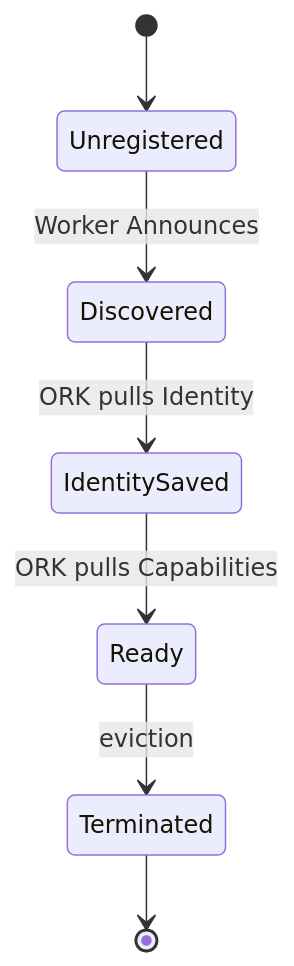
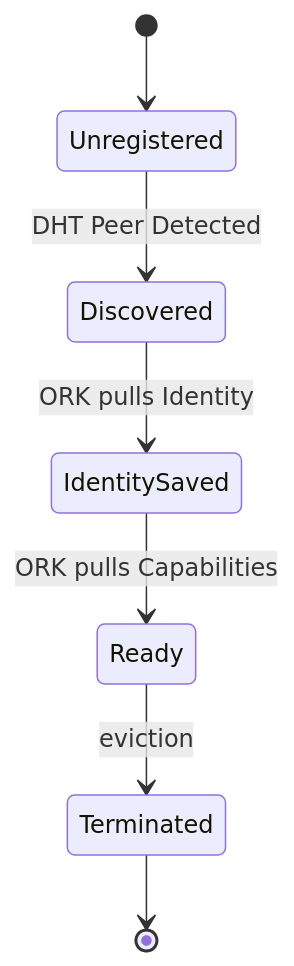
One commit to Gio-Galt/mdk-be changed the sixth of 13 diagrams in docs/hld.md. Above: the diagram before and after it, drawn with Mermaid. The commit also changed other lines of this file, not shown here.

Commit message:
Use DHT rather than HS Announce RPC

````diff
--- a/docs/hld.md
+++ b/docs/hld.md
@@ -267,9 +271,9 @@
     ```mermaid
     stateDiagram-v2
         [*] --> Unregistered
-        Unregistered --> Discovered : Worker Announces
+        Unregistered --> Discovered : DHT Peer Detected
         Discovered --> IdentitySaved : ORK pulls Identity
         IdentitySaved --> Ready : ORK pulls Capabilities
         Ready --> Terminated : eviction
         Terminated --> [*]
     ```
````
